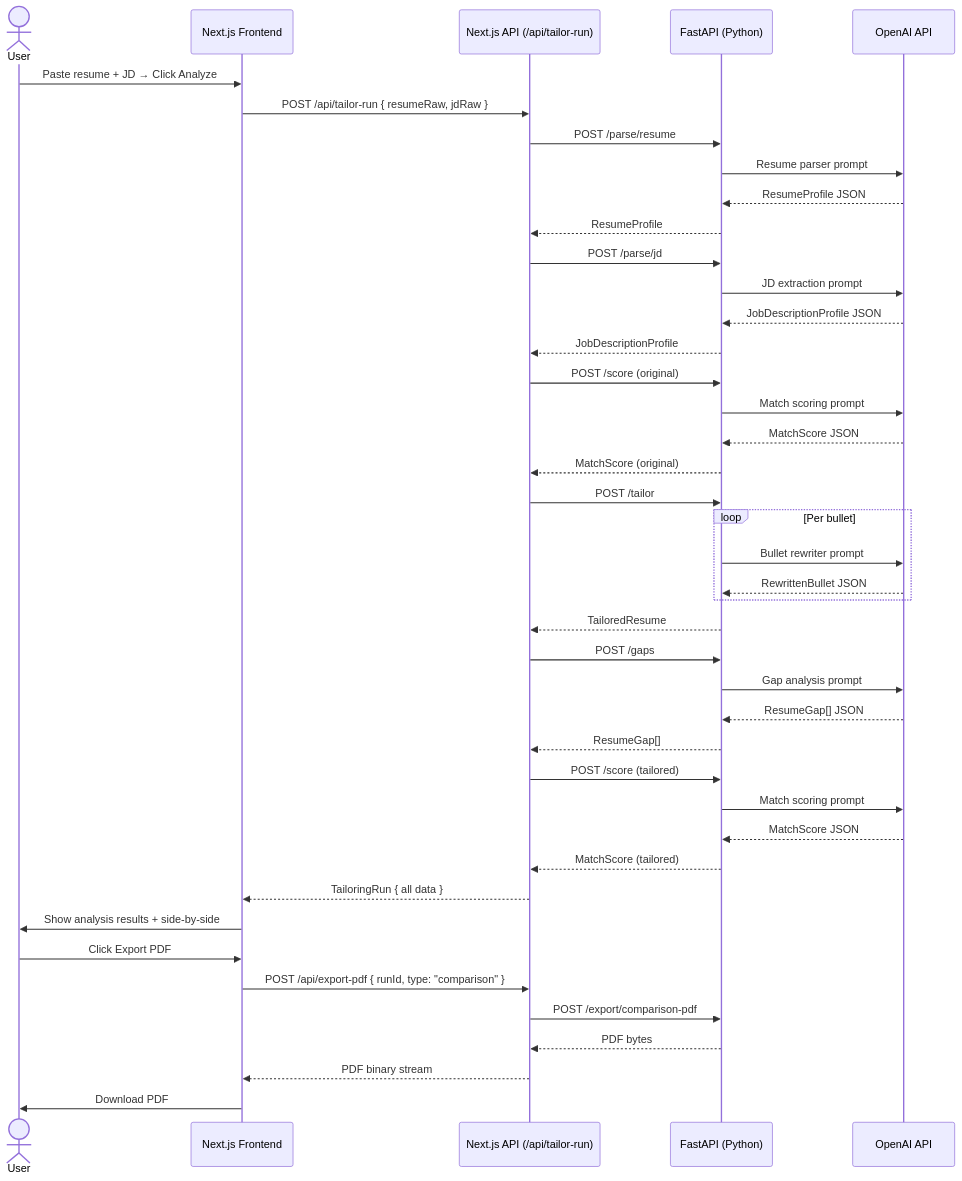
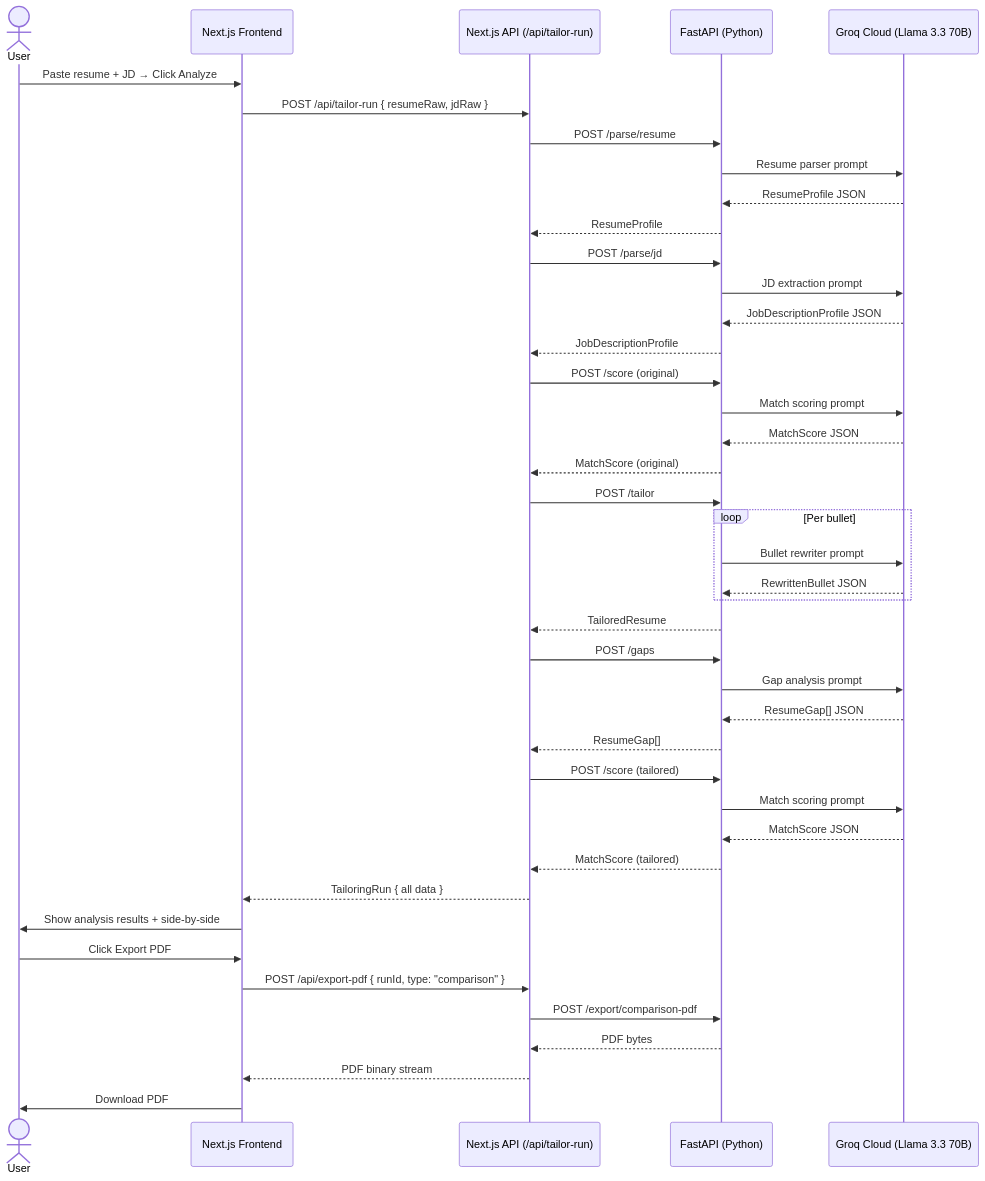
One commit to harshyadav-ml/resume-shapeshifter changed the fourth of 4 diagrams in docs/architecture.md. Above: the diagram before and after it, drawn with Mermaid. The commit also changed other lines of this file and 47 other files, not shown here.

Commit message:
feat: complete Phase 1 & 2 - Groq LLM pipeline integration with Qwen model

````diff
--- a/docs/architecture.md
+++ b/docs/architecture.md
@@ -540,53 +546,53 @@
 ```mermaid
 sequenceDiagram
     actor User
     participant FE as Next.js Frontend
     participant API as Next.js API (/api/tailor-run)
     participant PY as FastAPI (Python)
-    participant LLM as OpenAI API
+    participant LLM as Groq Cloud (Llama 3.3 70B)
 
     User->>FE: Paste resume + JD → Click Analyze
     FE->>API: POST /api/tailor-run { resumeRaw, jdRaw }
 
     API->>PY: POST /parse/resume
     PY->>LLM: Resume parser prompt
     LLM-->>PY: ResumeProfile JSON
     PY-->>API: ResumeProfile
 
     API->>PY: POST /parse/jd
     PY->>LLM: JD extraction prompt
     LLM-->>PY: JobDescriptionProfile JSON
     PY-->>API: JobDescriptionProfile
 
     API->>PY: POST /score (original)
     PY->>LLM: Match scoring prompt
     LLM-->>PY: MatchScore JSON
     PY-->>API: MatchScore (original)
 
     API->>PY: POST /tailor
     loop Per bullet
         PY->>LLM: Bullet rewriter prompt
         LLM-->>PY: RewrittenBullet JSON
     end
     PY-->>API: TailoredResume
 
     API->>PY: POST /gaps
     PY->>LLM: Gap analysis prompt
     LLM-->>PY: ResumeGap[] JSON
     PY-->>API: ResumeGap[]
 
     API->>PY: POST /score (tailored)
     PY->>LLM: Match scoring prompt
     LLM-->>PY: MatchScore JSON
     PY-->>API: MatchScore (tailored)
 
     API-->>FE: TailoringRun { all data }
     FE->>User: Show analysis results + side-by-side
 
     User->>FE: Click Export PDF
     FE->>API: POST /api/export-pdf { runId, type: "comparison" }
     API->>PY: POST /export/comparison-pdf
     PY-->>API: PDF bytes
     API-->>FE: PDF binary stream
     FE->>User: Download PDF
 ```
````
